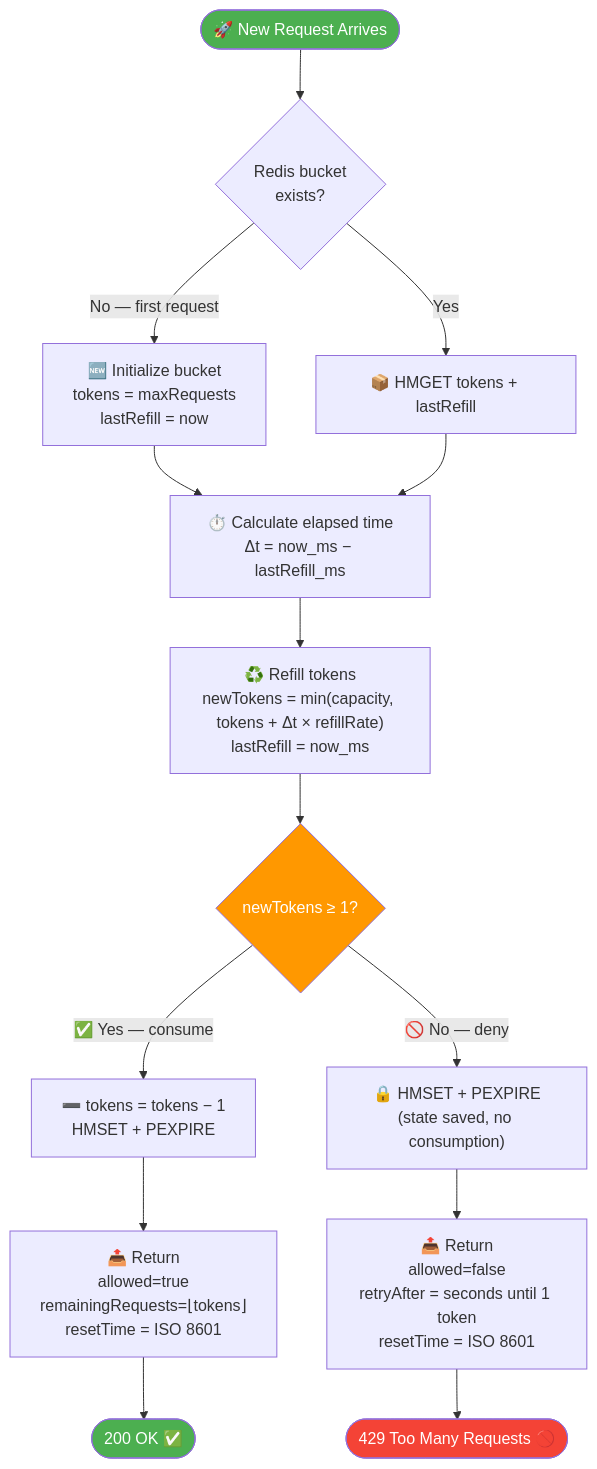
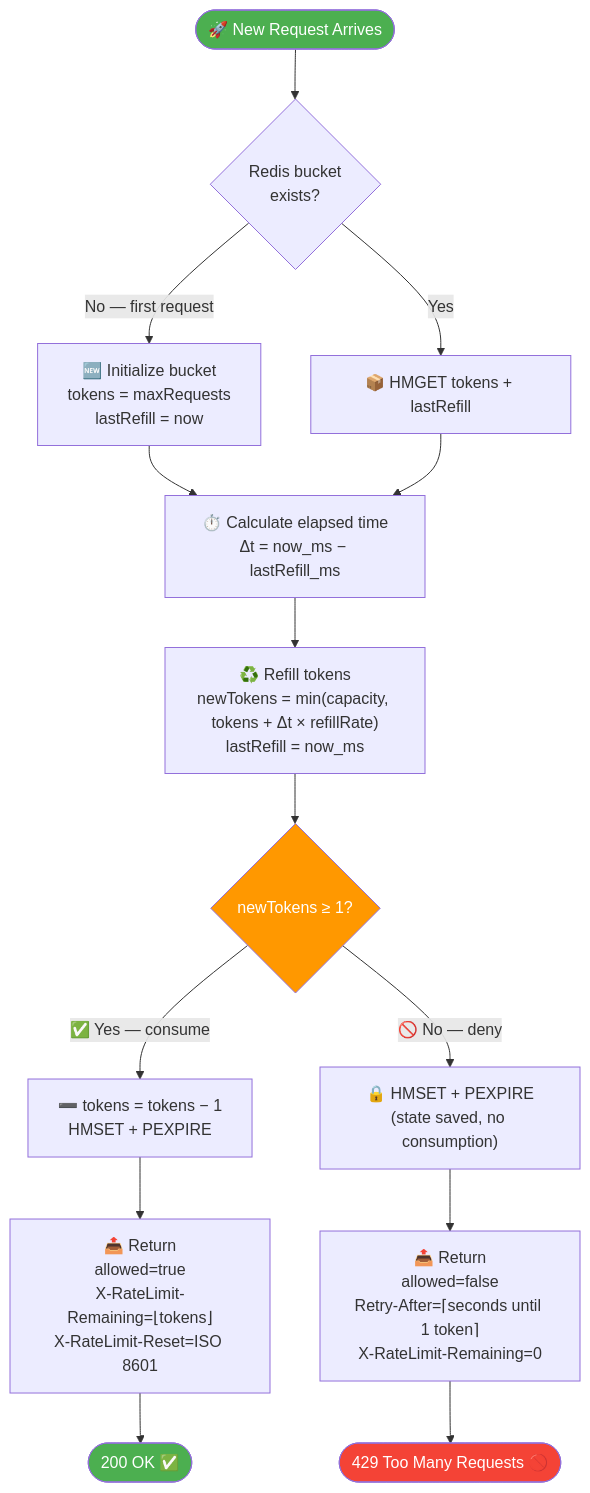
The fifth of 8 diagrams in README.md (ramalokeshreddyp/RateGuard), drawn with Mermaid before and after one commit. The commit also changed other lines of this file and 2 other files, not shown here.

Commit message:
docs: comprehensive rewrite of README, ARCHITECTURE, and projectdocumentation (v2.0) - 43 tests, GET /clients/:id, X-RateLimit-* headers, BCRYPT_ROUNDS, ioredis-mock, .dockerignore

````diff
--- a/README.md
+++ b/README.md
@@ -295,26 +331,26 @@
 ```mermaid
 flowchart TD
-    A([🚀 New Request Arrives]) --> B{Redis bucket\nexists?}
+    A(["🚀 New Request Arrives"]) --> B{Redis bucket\nexists?}
 
     B -->|"No — first request"| C["🆕 Initialize bucket\ntokens = maxRequests\nlastRefill = now"]
     B -->|"Yes"| D["📦 HMGET tokens + lastRefill"]
 
     C --> E
     D --> E["⏱️ Calculate elapsed time\nΔt = now_ms − lastRefill_ms"]
     E --> F["♻️ Refill tokens\nnewTokens = min(capacity, tokens + Δt × refillRate)\nlastRefill = now_ms"]
     F --> G{newTokens ≥ 1?}
 
     G -->|"✅ Yes — consume"| H["➖ tokens = tokens − 1\nHMSET + PEXPIRE"]
     G -->|"🚫 No — deny"| I["🔒 HMSET + PEXPIRE\n(state saved, no consumption)"]
 
-    H --> J["📤 Return\nallowed=true\nremainingRequests=⌊tokens⌋\nresetTime = ISO 8601"]
-    I --> K["📤 Return\nallowed=false\nretryAfter = seconds until 1 token\nresetTime = ISO 8601"]
+    H --> J["📤 Return\nallowed=true\nX-RateLimit-Remaining=⌊tokens⌋\nX-RateLimit-Reset=ISO 8601"]
+    I --> K["📤 Return\nallowed=false\nRetry-After=⌈seconds until 1 token⌉\nX-RateLimit-Remaining=0"]
 
-    J --> L([200 OK ✅])
-    K --> M([429 Too Many Requests 🚫])
+    J --> L(["200 OK ✅"])
+    K --> M(["429 Too Many Requests 🚫"])
 
     style A fill:#4CAF50,color:#fff
     style L fill:#4CAF50,color:#fff
     style M fill:#f44336,color:#fff
     style G fill:#FF9800,color:#fff
 ```
````
